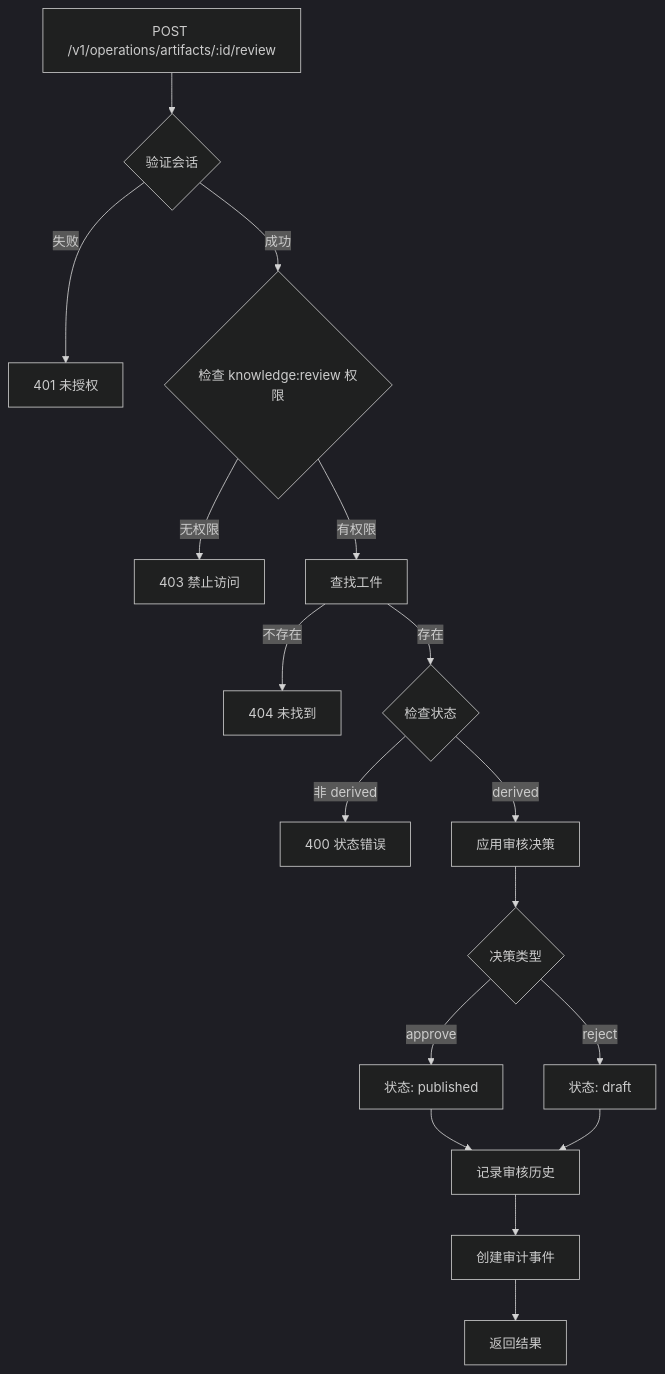
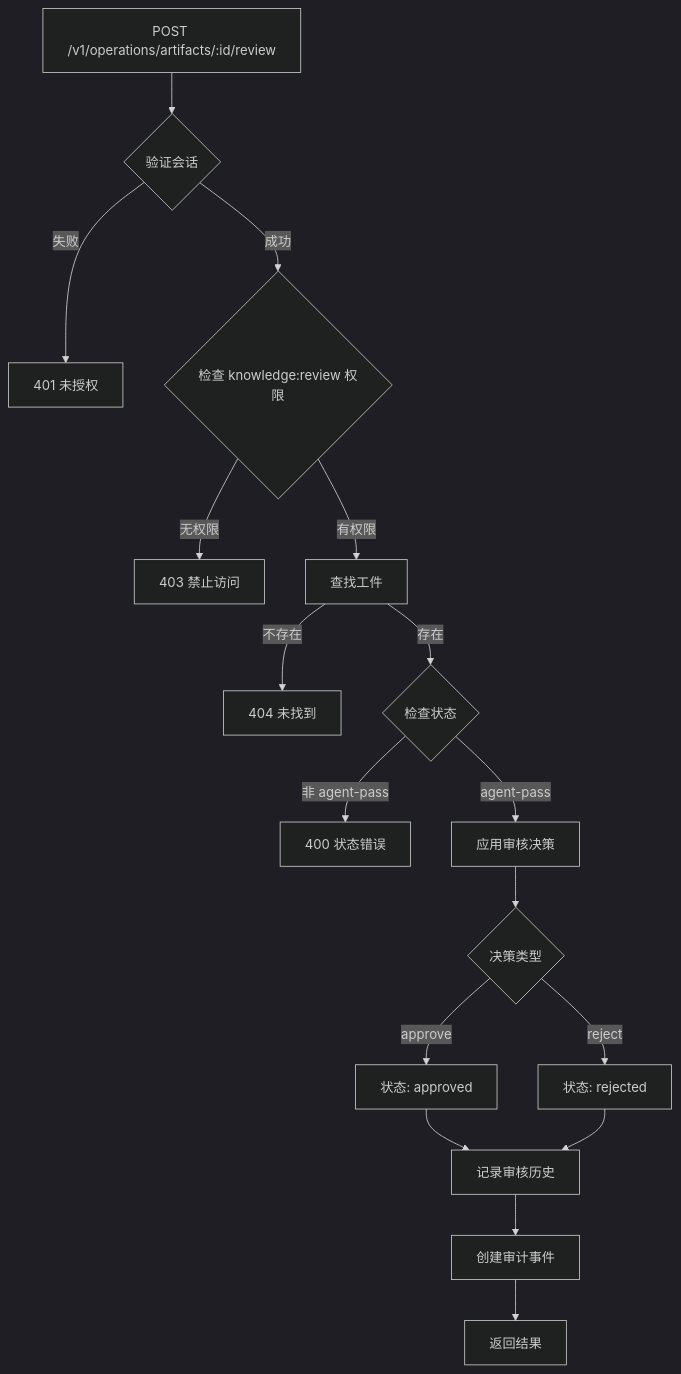
One commit to pofossette/TrapMap-for-vibing changed the sixth of 7 diagrams in docs/architecture/components/ARTIFACTS.md. Above: the diagram before and after it, drawn with Mermaid (dark theme). The commit also changed other lines of this file and 17 other files, not shown here.

````diff
--- a/docs/architecture/components/ARTIFACTS.md
+++ b/docs/architecture/components/ARTIFACTS.md
@@ -281,24 +289,24 @@
 ```mermaid
 flowchart TB
     A[POST /v1/operations/artifacts/:id/review] --> B{验证会话}
     B -->|失败| C[401 未授权]
     B -->|成功| D{检查 knowledge:review 权限}
     D -->|无权限| E[403 禁止访问]
     D -->|有权限| F[查找工件]
     
     F -->|不存在| G[404 未找到]
     F -->|存在| H{检查状态}
     
-    H -->|非 derived| I[400 状态错误]
-    H -->|derived| J[应用审核决策]
+    H -->|非 agent-pass| I[400 状态错误]
+    H -->|agent-pass| J[应用审核决策]
     
     J --> K{决策类型}
-    K -->|approve| L[状态: published]
-    K -->|reject| M[状态: draft]
+    K -->|approve| L[状态: approved]
+    K -->|reject| M[状态: rejected]
     
     L --> N[记录审核历史]
     M --> N
     
     N --> O[创建审计事件]
     O --> P[返回结果]
 ```
````
